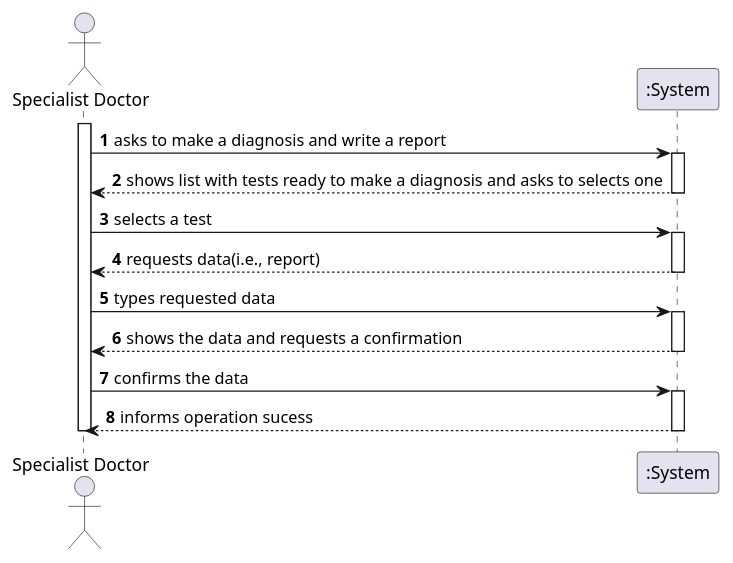
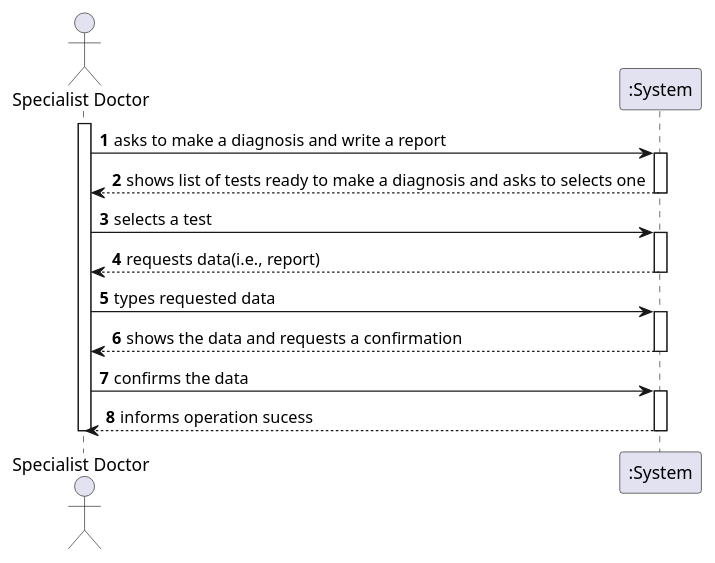
The diagram in docs/SprintC/US_14/US14_SSD.puml (ana-albergaria/LAPR2-ISEP), drawn with PlantUML before and after one commit. The commit also changed 2 other files, not shown here.

```diff
--- a/docs/SprintC/US_14/US14_SSD.puml
+++ b/docs/SprintC/US_14/US14_SSD.puml
@@ -1,27 +1,27 @@
 @startuml
 autonumber
 actor "Specialist Doctor" as SpDt
 
 activate SpDt
 SpDt-> ":System" : asks to make a diagnosis and write a report
 activate ":System"
-":System" --> SpDt : shows list with tests ready to make a diagnosis and asks to selects one
+":System" --> SpDt : shows list of tests ready to make a diagnosis and asks to selects one
 deactivate ":System"
 
 SpDt-> ":System" : selects a test
 activate ":System"
 ":System" --> SpDt : requests data(i.e., report)
 deactivate ":System"
 
 SpDt-> ":System" : types requested data
 activate ":System"
 ":System" --> SpDt : shows the data and requests a confirmation
 deactivate ":System"
 
 SpDt-> ":System" : confirms the data
 activate ":System"
 ":System" --> SpDt : informs operation sucess
 deactivate ":System"
 deactivate SpDt
 
 @enduml
```
